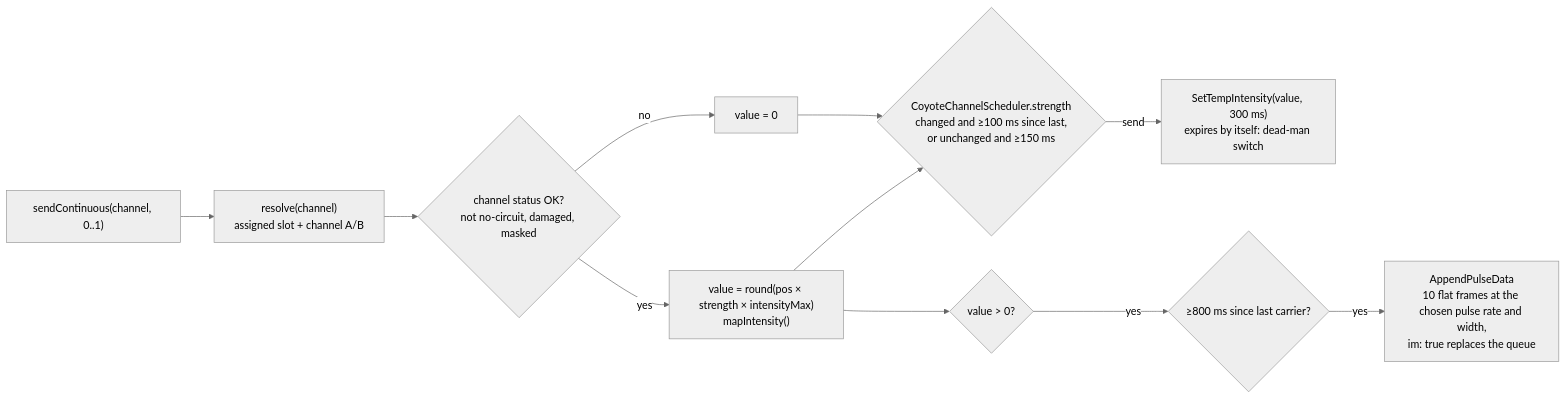
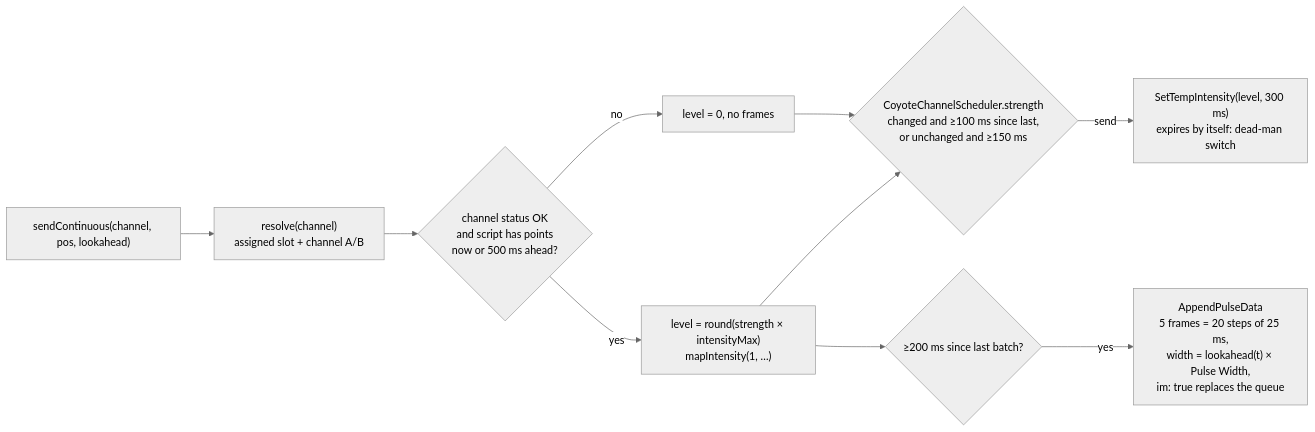
Before and after one commit to lumbar-spine-support/docker-haptic-player: the seventh of 7 diagrams in docs/developer/haptics.md, drawn with Mermaid (neutral theme). The commit also changed other lines of this file and 19 other files, not shown here.

````diff
--- a/docs/developer/haptics.md
+++ b/docs/developer/haptics.md
@@ -244,12 +244,11 @@
 ```mermaid
 flowchart LR
-  SC["sendContinuous(channel, 0..1)"] --> Res["resolve(channel)<br/>assigned slot + channel A/B"]
-  Res --> Usable{"channel status OK?<br/>not no-circuit, damaged, masked"}
-  Usable -- no --> Zero["value = 0"]
-  Usable -- yes --> Map["value = round(pos × strength × intensityMax)<br/>mapIntensity()"]
+  SC["sendContinuous(channel, pos, lookahead)"] --> Res["resolve(channel)<br/>assigned slot + channel A/B"]
+  Res --> Usable{"channel status OK<br/>and script has points<br/>now or 500 ms ahead?"}
+  Usable -- no --> Zero["level = 0, no frames"]
+  Usable -- yes --> Map["level = round(strength × intensityMax)<br/>mapIntensity(1, …)"]
   Zero & Map --> Str{"CoyoteChannelScheduler.strength<br/>changed and ≥100 ms since last,<br/>or unchanged and ≥150 ms"}
-  Str -- send --> ST["SetTempIntensity(value, 300 ms)<br/>expires by itself: dead-man switch"]
-  Map --> Pos{"value > 0?"}
-  Pos -- yes --> Car{"≥800 ms since last carrier?"}
-  Car -- yes --> AP["AppendPulseData<br/>10 flat frames at the chosen pulse rate and width,<br/>im: true replaces the queue"]
+  Str -- send --> ST["SetTempIntensity(level, 300 ms)<br/>expires by itself: dead-man switch"]
+  Map --> Batch{"≥200 ms since last batch?"}
+  Batch -- yes --> AP["AppendPulseData<br/>5 frames = 20 steps of 25 ms,<br/>width = lookahead(t) × Pulse Width,<br/>im: true replaces the queue"]
 ```
````
